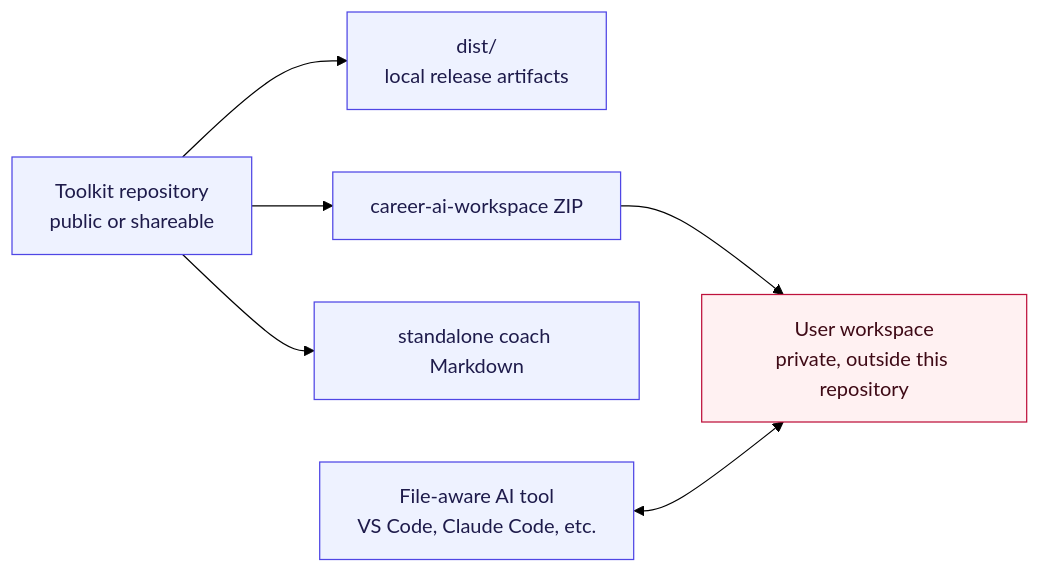
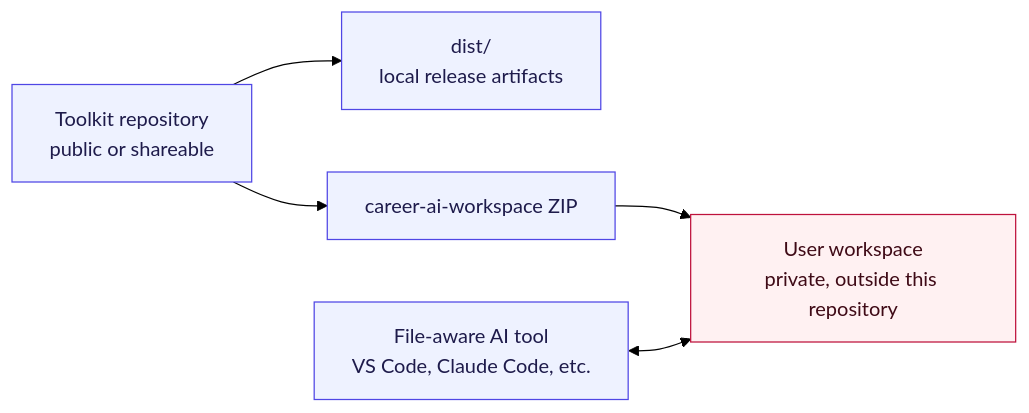
Before and after one commit to JeromeJ77/career-ai-toolkit: the first of 2 diagrams in docs/architecture.md, drawn with Mermaid (forest theme). The commit also changed other lines of this file and 24 other files, not shown here.

````diff
--- a/docs/architecture.md
+++ b/docs/architecture.md
@@ -20,20 +19,18 @@
 ```mermaid
 flowchart LR
     repo["Toolkit repository<br/>public or shareable"]
     dist["dist/<br/>local release artifacts"]
     workspaceZip["career-ai-workspace ZIP"]
-    standalone["standalone coach Markdown"]
     userWorkspace["User workspace<br/>private, outside this repository"]
     aiTool["File-aware AI tool<br/>VS Code, Claude Code, etc."]
 
-    repo --> standalone
     repo --> workspaceZip
     repo --> dist
     workspaceZip --> userWorkspace
     aiTool <--> userWorkspace
 
     classDef privateNode fill:#fff1f2,stroke:#be123c,color:#3f0a16;
     classDef publicNode fill:#eef2ff,stroke:#4f46e5,color:#1e1b4b;
     class userWorkspace privateNode;
-    class repo,dist,workspaceZip,standalone,aiTool publicNode;
+    class repo,dist,workspaceZip,aiTool publicNode;
 ```
````
